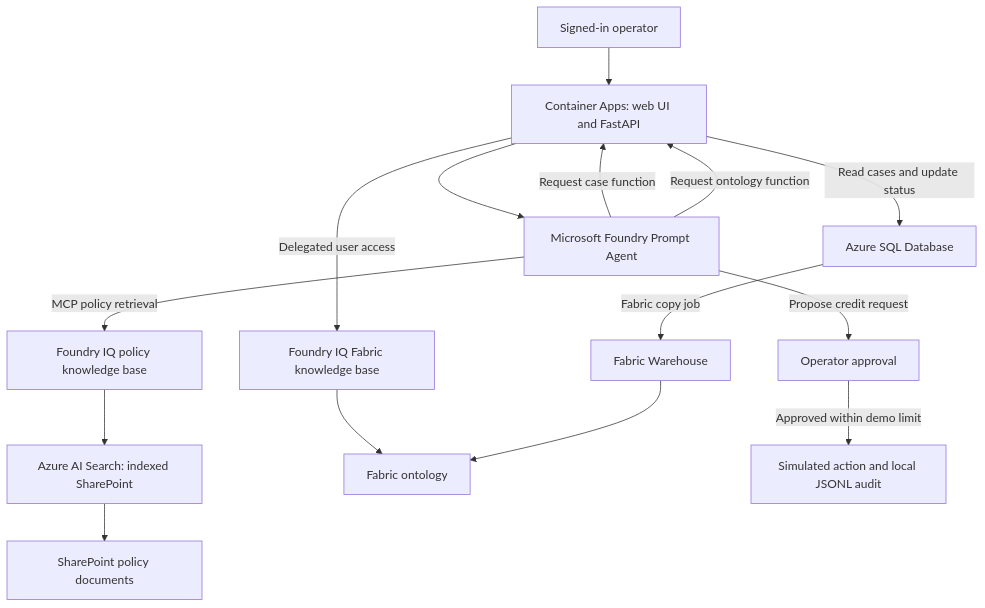
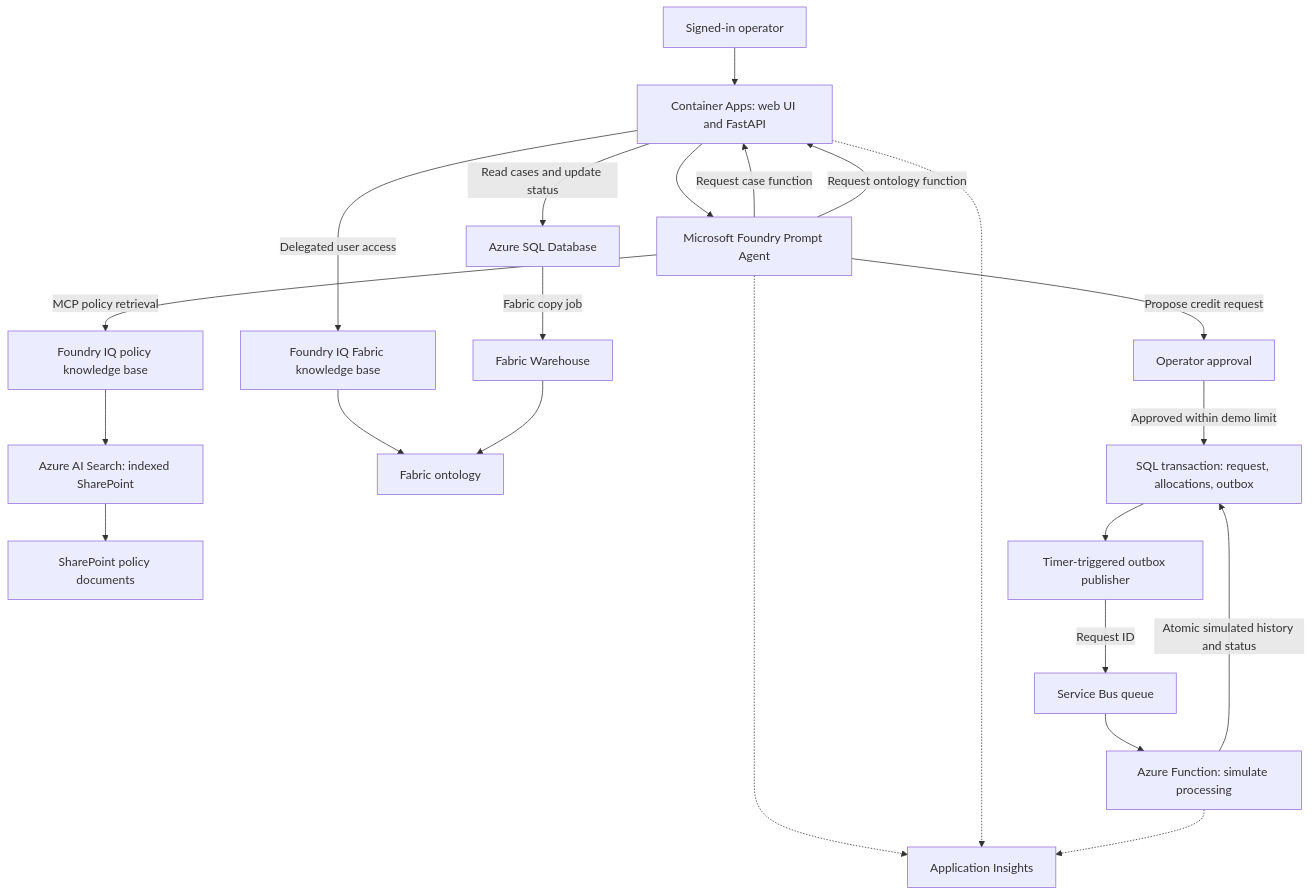
The diagram in README.md (passadis/microsoft-iq-demo), drawn with Mermaid before and after one commit. The commit also changed other lines of this file and 18 other files, not shown here.

````diff
--- a/README.md
+++ b/README.md
@@ -69,17 +87,24 @@
 ```mermaid
 flowchart TD
     User[Signed-in operator] --> App[Container Apps: web UI and FastAPI]
     App --> Agent[Microsoft Foundry Prompt Agent]
     Agent -->|MCP policy retrieval| PolicyKB[Foundry IQ policy knowledge base]
     PolicyKB --> Search[Azure AI Search: indexed SharePoint]
     Search --> Policies[SharePoint policy documents]
     Agent -->|Request case function| App
     App -->|Read cases and update status| SQL[Azure SQL Database]
     Agent -->|Request ontology function| App
     App -->|Delegated user access| FabricKB[Foundry IQ Fabric knowledge base]
     FabricKB --> Ontology[Fabric ontology]
     SQL -->|Fabric copy job| Warehouse[Fabric Warehouse]
     Warehouse --> Ontology
     Agent -->|Propose credit request| Approval[Operator approval]
-    Approval -->|Approved within demo limit| Audit[Simulated action and local JSONL audit]
+    Approval -->|Approved within demo limit| Requests[SQL transaction: request, allocations, outbox]
+    Requests --> Publisher[Timer-triggered outbox publisher]
+    Publisher -->|Request ID| Queue[Service Bus queue]
+    Queue --> Function[Azure Function: simulate processing]
+    Function -->|Atomic simulated history and status| Requests
+    Agent -.-> Monitor[Application Insights]
+    App -.-> Monitor
+    Function -.-> Monitor
 ```
````
